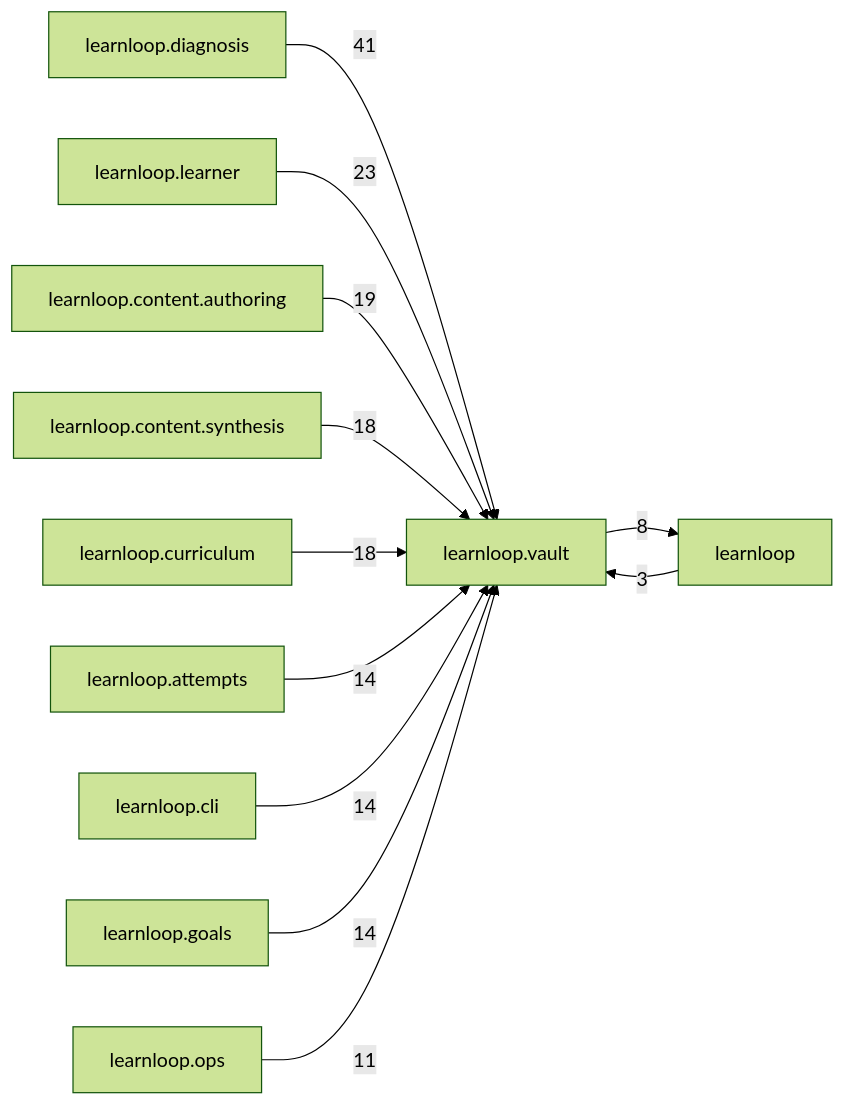
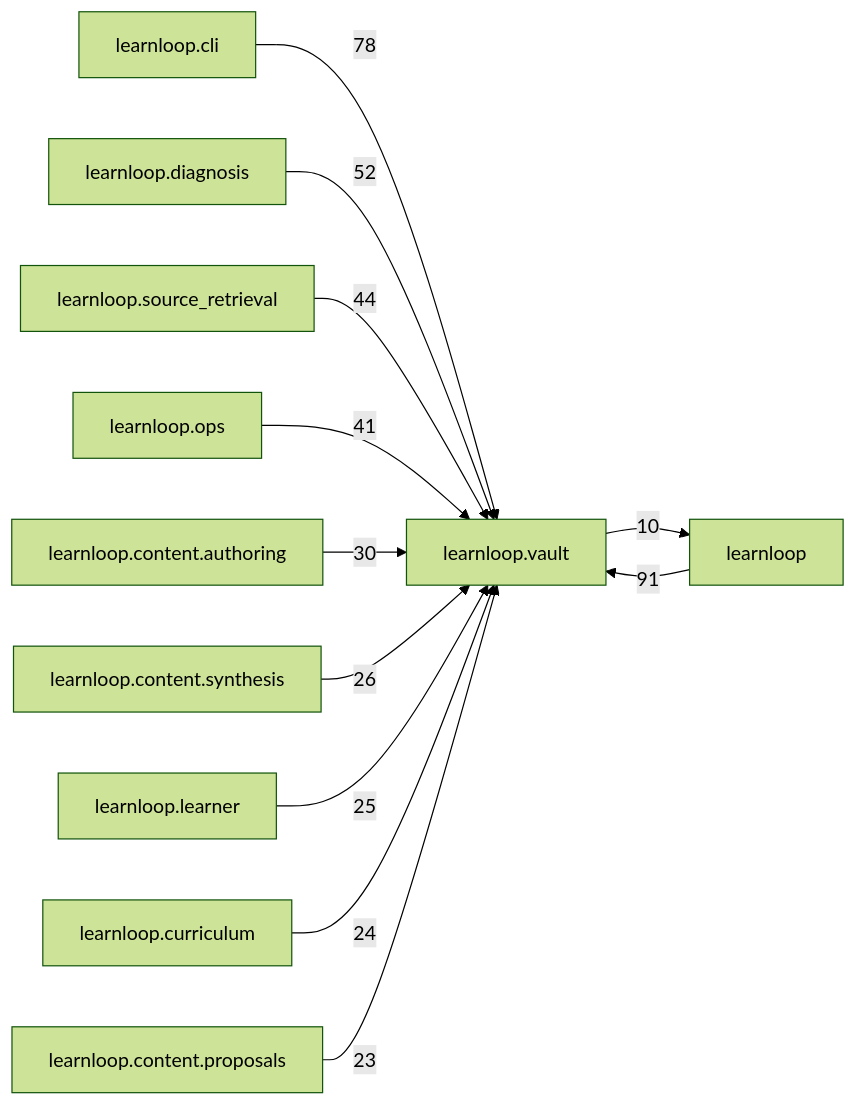
One commit to 6up-b/learnanything changed the diagram in docs/learnloop-architecture-vault/Reference/Modules/learnloop/vault/_package.md. Above: the diagram before and after it, drawn with Mermaid (forest theme). The commit also changed other lines of this file and 1202 other files, not shown here.

````diff
--- a/docs/learnloop-architecture-vault/Reference/Modules/learnloop/vault/_package.md
+++ b/docs/learnloop-architecture-vault/Reference/Modules/learnloop/vault/_package.md
@@ -104,25 +136,25 @@
 ```mermaid
 flowchart LR
     center["learnloop.vault"]
+    n_learnloop["learnloop"]
+    n_learnloop_cli["learnloop.cli"]
     n_learnloop_diagnosis["learnloop.diagnosis"]
-    n_learnloop_learner["learnloop.learner"]
+    n_learnloop_source_retrieval["learnloop.source_retrieval"]
+    n_learnloop_ops["learnloop.ops"]
     n_learnloop_content_authoring["learnloop.content.authoring"]
     n_learnloop_content_synthesis["learnloop.content.synthesis"]
+    n_learnloop_learner["learnloop.learner"]
     n_learnloop_curriculum["learnloop.curriculum"]
-    n_learnloop_attempts["learnloop.attempts"]
-    n_learnloop_cli["learnloop.cli"]
-    n_learnloop_goals["learnloop.goals"]
-    n_learnloop["learnloop"]
-    n_learnloop_ops["learnloop.ops"]
-    n_learnloop_diagnosis -->|41| center
-    n_learnloop_learner -->|23| center
-    n_learnloop_content_authoring -->|19| center
-    n_learnloop_content_synthesis -->|18| center
-    n_learnloop_curriculum -->|18| center
-    n_learnloop_attempts -->|14| center
-    n_learnloop_cli -->|14| center
-    n_learnloop_goals -->|14| center
-    n_learnloop -->|3| center
-    center -->|8| n_learnloop
-    n_learnloop_ops -->|11| center
+    n_learnloop_content_proposals["learnloop.content.proposals"]
+    n_learnloop -->|91| center
+    center -->|10| n_learnloop
+    n_learnloop_cli -->|78| center
+    n_learnloop_diagnosis -->|52| center
+    n_learnloop_source_retrieval -->|44| center
+    n_learnloop_ops -->|41| center
+    n_learnloop_content_authoring -->|30| center
+    n_learnloop_content_synthesis -->|26| center
+    n_learnloop_learner -->|25| center
+    n_learnloop_curriculum -->|24| center
+    n_learnloop_content_proposals -->|23| center
 ```
````
